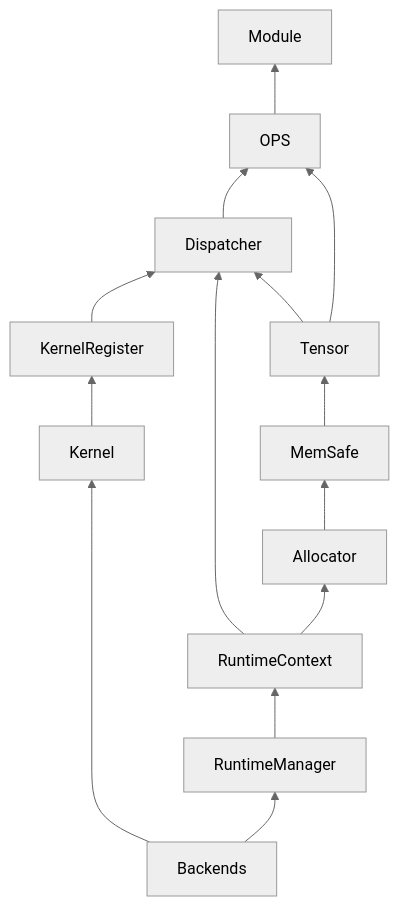
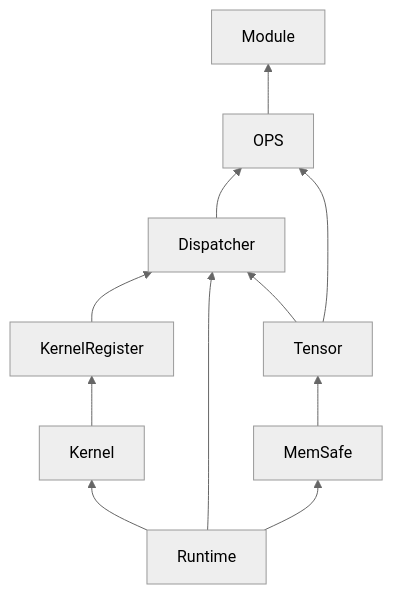
Before and after one commit to ishidatakumi/orteaf: the third of 3 diagrams in docs/developer/design.md, drawn with Mermaid (neutral theme). The commit also changed other lines of this file, not shown here.

````diff
--- a/docs/developer/design.md
+++ b/docs/developer/design.md
@@ -103,19 +97,16 @@
 ```mermaid
 graph BT
 
-    Backends --> RuntimeManager
-    RuntimeManager --> RuntimeContext
-    RuntimeContext --> Allocator
-    Allocator --> MemSafe
+    Runtime --> MemSafe
     MemSafe --> Tensor
 
-    Backends --> Kernel
+    Runtime --> Kernel
     Kernel --> KernelRegister
     KernelRegister --> Dispatcher
     Dispatcher --> OPS
 
-    RuntimeContext --> Dispatcher
+    Runtime --> Dispatcher
     Tensor --> Dispatcher
     Tensor --> OPS
     OPS --> Module
 ```
````
